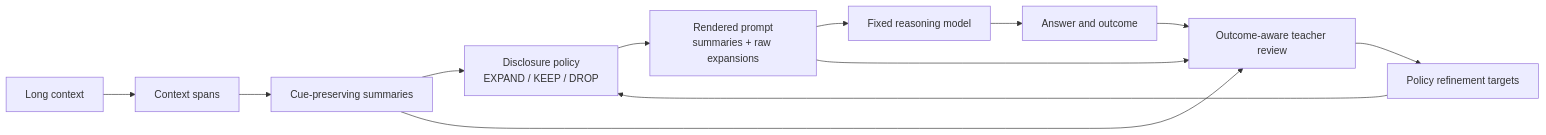
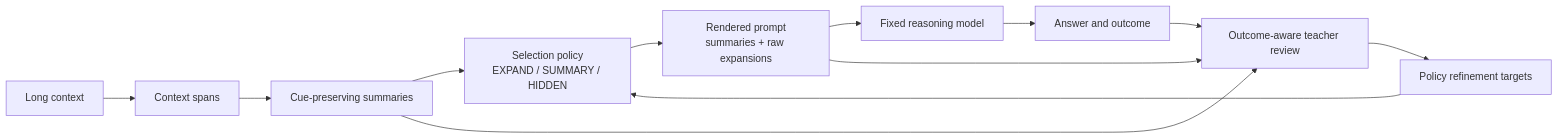
Before and after one commit to wuwanchun/CM-OPD: the diagram in research-automation/paper-drafts/progressive-evidence-disclosure-paper-draft.md, drawn with Mermaid. The commit also changed other lines of this file and 1 other file, not shown here.

Commit message:
docs: expand paper draft experiments

````diff
--- a/research-automation/paper-drafts/progressive-evidence-disclosure-paper-draft.md
+++ b/research-automation/paper-drafts/progressive-evidence-disclosure-paper-draft.md
@@ -93,27 +93,27 @@
 ```mermaid
 flowchart LR
     accTitle: Progressive Evidence Disclosure
     accDescr: The workflow starts from long context, builds cue-preserving summaries, learns which summaries should be expanded to raw evidence, and refines the disclosure policy using task outcomes.
 
     C["Long context"]
     S["Context spans"]
     U["Cue-preserving summaries"]
-    P["Disclosure policy<br/>EXPAND / KEEP / DROP"]
+    P["Selection policy<br/>EXPAND / SUMMARY / HIDDEN"]
     R["Rendered prompt<br/>summaries + raw expansions"]
     M["Fixed reasoning model"]
     O["Answer and outcome"]
     T["Outcome-aware teacher review"]
     L["Policy refinement targets"]
 
     C --> S
     S --> U
     U --> P
     P --> R
     R --> M
     M --> O
     O --> T
     U --> T
     R --> T
     T --> L
     L --> P
 ```
````
